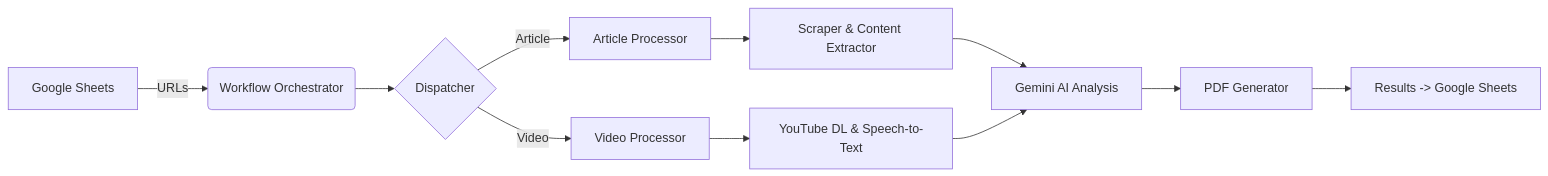
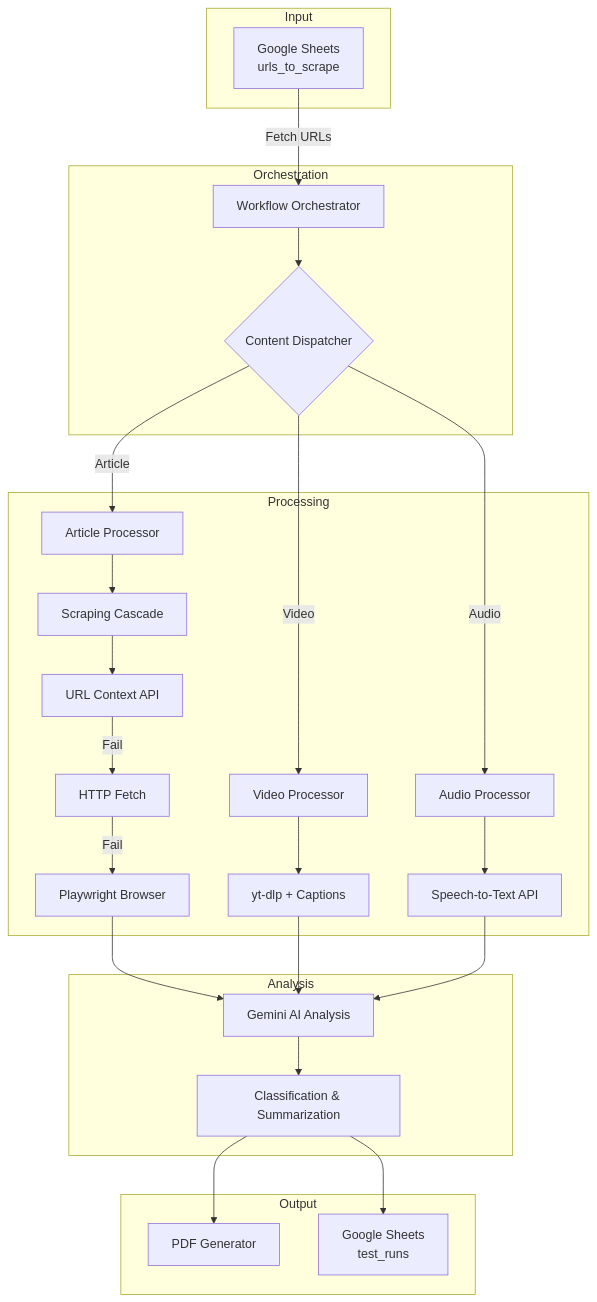
Before and after one commit to jamditis/rosen-frontend: the second of 4 diagrams in README.md, drawn with Mermaid. The commit also changed other lines of this file, not shown here.

First line of the commit message:
docs: Add Mermaid diagrams for pipeline visualization

````diff
--- a/README.md
+++ b/README.md
@@ -98,13 +123,37 @@
 ```mermaid
-graph LR
-    A[Google Sheets] -->|URLs| B(Workflow Orchestrator)
-    B --> C{Dispatcher}
-    C -->|Article| D[Article Processor]
-    C -->|Video| E[Video Processor]
-    D --> F[Scraper & Content Extractor]
-    E --> G[YouTube DL & Speech-to-Text]
-    F --> H[Gemini AI Analysis]
-    G --> H
-    H --> I[PDF Generator]
-    I --> J[Results -> Google Sheets]
+flowchart TB
+    subgraph Input
+        A[Google Sheets<br/>urls_to_scrape]
+    end
+
+    subgraph Orchestration
+        A -->|Fetch URLs| B[Workflow Orchestrator]
+        B --> C{Content Dispatcher}
+    end
+
+    subgraph Processing
+        C -->|Article| D[Article Processor]
+        C -->|Video| E[Video Processor]
+        C -->|Audio| F[Audio Processor]
+
+        D --> G[Scraping Cascade]
+        G --> G1[URL Context API]
+        G1 -->|Fail| G2[HTTP Fetch]
+        G2 -->|Fail| G3[Playwright Browser]
+
+        E --> H[yt-dlp + Captions]
+        F --> I[Speech-to-Text API]
+    end
+
+    subgraph Analysis
+        G3 --> J[Gemini AI Analysis]
+        H --> J
+        I --> J
+        J --> K[Classification & Summarization]
+    end
+
+    subgraph Output
+        K --> L[PDF Generator]
+        K --> M[Google Sheets<br/>test_runs]
+    end
 ```
````
